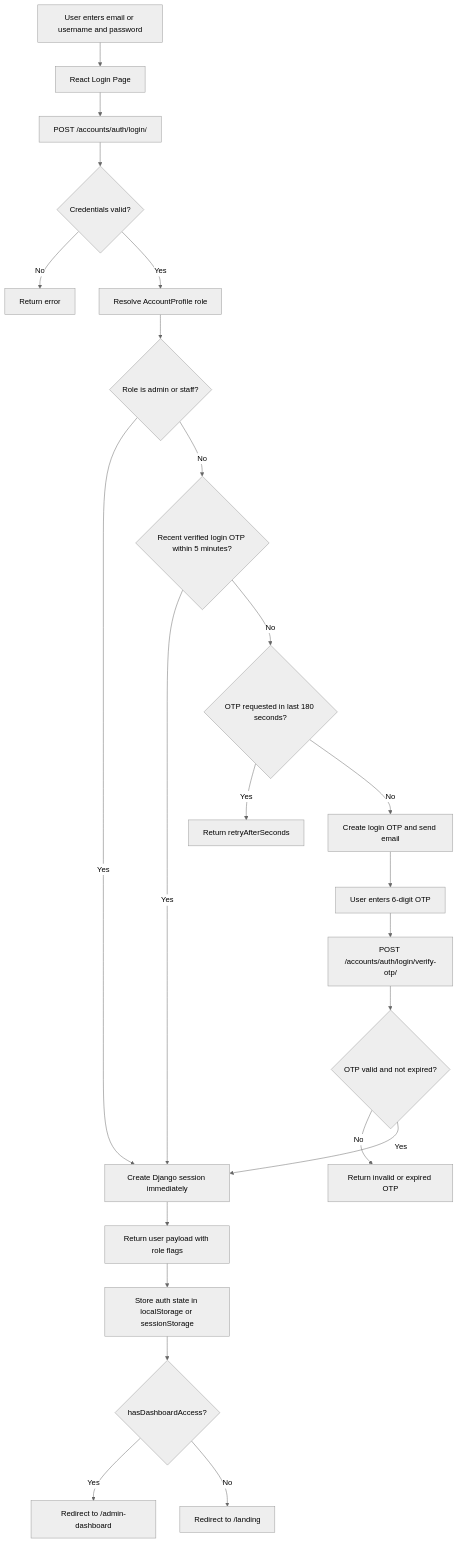
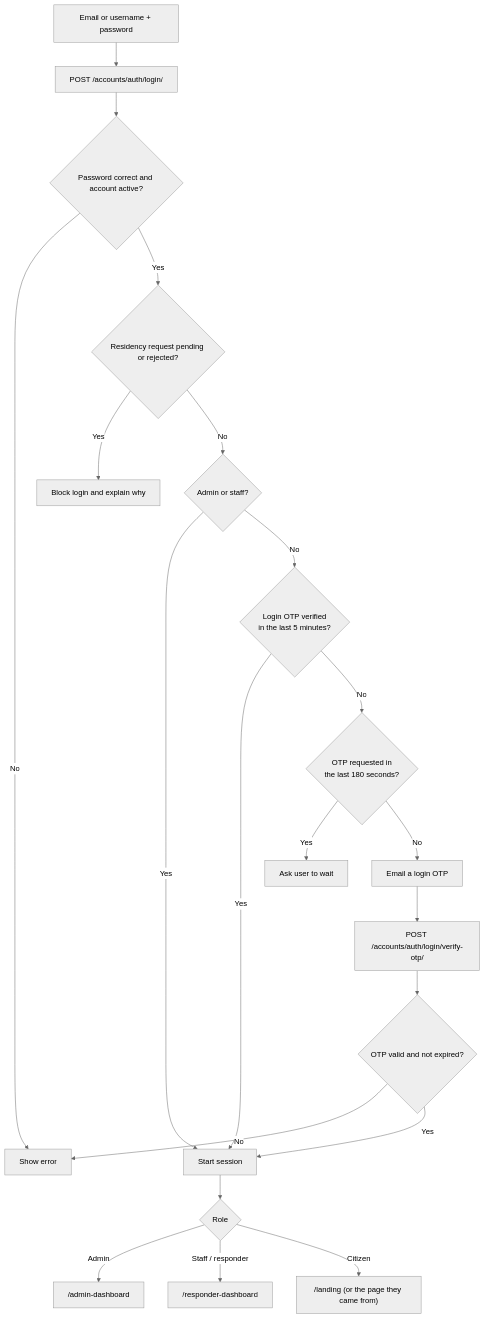
Before and after one commit to itsaymii/Capstone-Project: the second of 3 diagrams in docs/authentication-flow.md, drawn with Mermaid (neutral theme). The commit also changed other lines of this file and 6 other files, not shown here.

````diff
--- a/docs/authentication-flow.md
+++ b/docs/authentication-flow.md
@@ -7,25 +36,23 @@
 ```mermaid
 flowchart TD
-	A[User enters email or username and password] --> B[React Login Page]
-	B --> C[POST /accounts/auth/login/]
-	C --> D{Credentials valid?}
-	D -- No --> E[Return error]
-	D -- Yes --> F[Resolve AccountProfile role]
-	F --> G{Role is admin or staff?}
-	G -- Yes --> H[Create Django session immediately]
-	G -- No --> I{Recent verified login OTP within 5 minutes?}
-	I -- Yes --> H
-	I -- No --> J{OTP requested in last 180 seconds?}
-	J -- Yes --> K[Return retryAfterSeconds]
-	J -- No --> L[Create login OTP and send email]
-	L --> M[User enters 6-digit OTP]
-	M --> N[POST /accounts/auth/login/verify-otp/]
-	N --> O{OTP valid and not expired?}
-	O -- No --> P[Return invalid or expired OTP]
-	O -- Yes --> H
-	H --> Q[Return user payload with role flags]
-	Q --> R[Store auth state in localStorage or sessionStorage]
-	R --> S{hasDashboardAccess?}
-	S -- Yes --> T[Redirect to /admin-dashboard]
-	S -- No --> U[Redirect to /landing]
+    A[Email or username + password] --> B[POST /accounts/auth/login/]
+    B --> C{Password correct and account active?}
+    C -- No --> X[Show error]
+    C -- Yes --> D{Residency request pending or rejected?}
+    D -- Yes --> X2[Block login and explain why]
+    D -- No --> E{Admin or staff?}
+    E -- Yes --> S[Start session]
+    E -- No --> F{Login OTP verified<br/>in the last 5 minutes?}
+    F -- Yes --> S
+    F -- No --> G{OTP requested in<br/>the last 180 seconds?}
+    G -- Yes --> W[Ask user to wait]
+    G -- No --> H[Email a login OTP]
+    H --> I[POST /accounts/auth/login/verify-otp/]
+    I --> J{OTP valid and not expired?}
+    J -- No --> X
+    J -- Yes --> S
+    S --> R{Role}
+    R -- Admin --> RA["/admin-dashboard"]
+    R -- Staff / responder --> RR["/responder-dashboard"]
+    R -- Citizen --> RC["/landing (or the page they came from)"]
 ```
````
